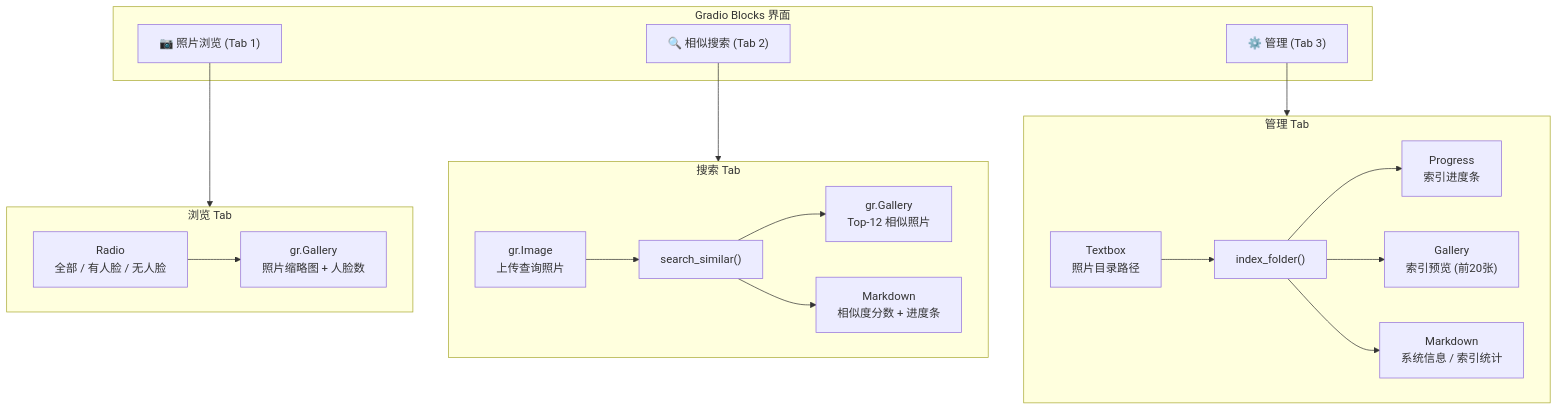
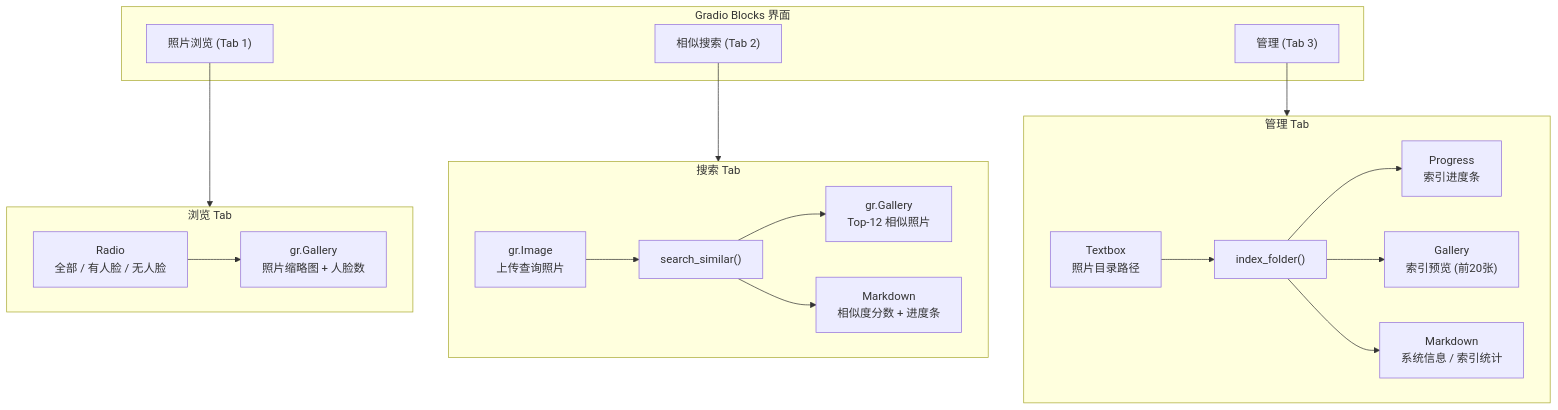
The fifth of 6 diagrams in src/experiment/case7.md (zhouxzh/Ascend310), drawn with Mermaid before and after one commit. The commit also changed other lines of this file and 51 other files, not shown here.

````diff
--- a/src/experiment/case7.md
+++ b/src/experiment/case7.md
@@ -370,29 +370,29 @@
 ```mermaid
 flowchart TD
     subgraph UI["Gradio Blocks 界面"]
-        TAB1["📷 照片浏览 (Tab 1)"]
-        TAB2["🔍 相似搜索 (Tab 2)"]
-        TAB3["⚙️ 管理 (Tab 3)"]
+        TAB1[" 照片浏览 (Tab 1)"]
+        TAB2[" 相似搜索 (Tab 2)"]
+        TAB3[" 管理 (Tab 3)"]
     end
 
     subgraph TAB1_DETAIL["浏览 Tab"]
         FILTER["Radio\n全部 / 有人脸 / 无人脸"] --> GALLERY1["gr.Gallery\n照片缩略图 + 人脸数"]
     end
 
     subgraph TAB2_DETAIL["搜索 Tab"]
         UPLOAD["gr.Image\n上传查询照片"] --> SEARCH["search_similar()"]
         SEARCH --> GALLERY2["gr.Gallery\nTop-12 相似照片"]
         SEARCH --> REPORT["Markdown\n相似度分数 + 进度条"]
     end
 
     subgraph TAB3_DETAIL["管理 Tab"]
         FOLDER["Textbox\n照片目录路径"] --> INDEX["index_folder()"]
         INDEX --> PROGRESS["Progress\n索引进度条"]
         INDEX --> PREVIEW["Gallery\n索引预览 (前20张)"]
         INDEX --> STATS["Markdown\n系统信息 / 索引统计"]
     end
 
     TAB1 --> TAB1_DETAIL
     TAB2 --> TAB2_DETAIL
     TAB3 --> TAB3_DETAIL
 ```
````
